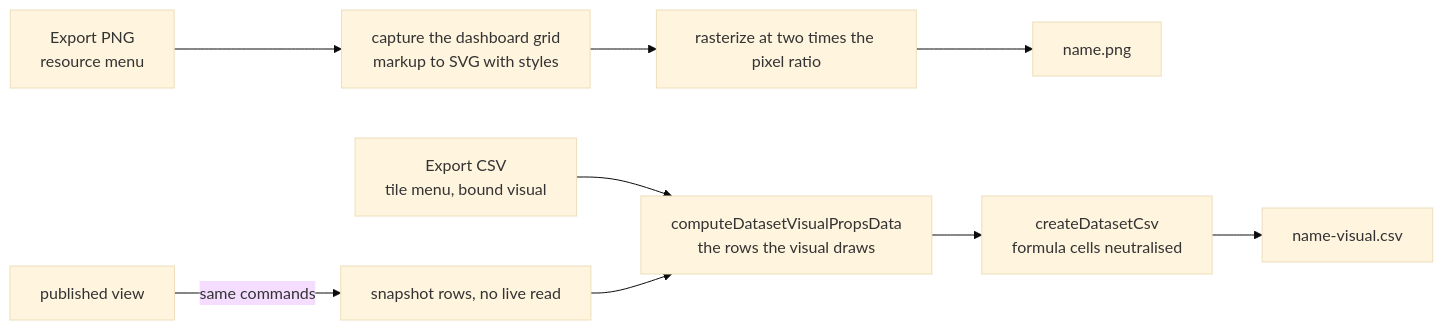
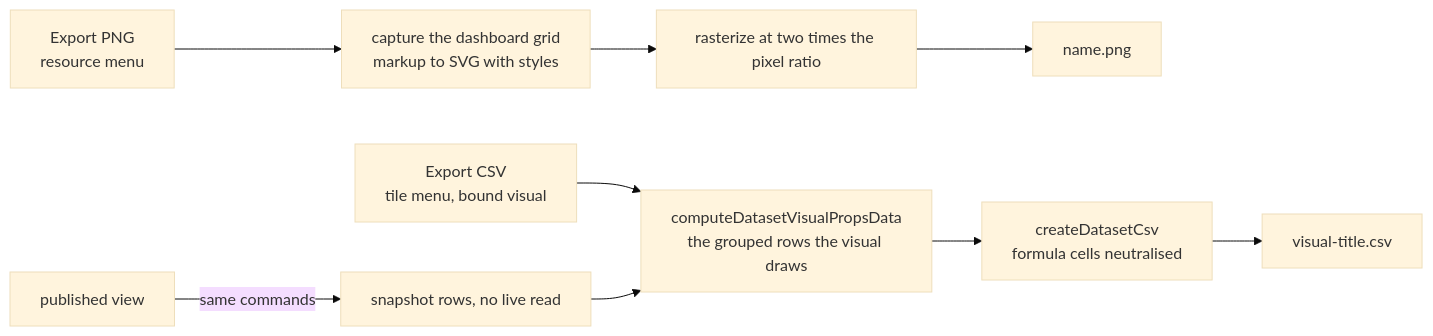
One commit to Esposter/Esposter changed the diagram in openspec/changes/resource-dashboard-export/design.md. Above: the diagram before and after it, drawn with Mermaid (base theme). The commit also changed other lines of this file and 20 other files, not shown here.

Commit message:
feat(dashboard): a dashboard exports its page as a PNG, and each bound visual its drawn rows as CSV

````diff
--- a/openspec/changes/resource-dashboard-export/design.md
+++ b/openspec/changes/resource-dashboard-export/design.md
@@ -20,11 +21,11 @@
 ```mermaid
 flowchart LR
   PAGE["Export PNG<br/>resource menu"] --> CAP["capture the dashboard grid<br/>markup to SVG with styles"]
   CAP --> RAS["rasterize at two times the pixel ratio"]
   RAS --> FILE1["name.png"]
-  TILE["Export CSV<br/>tile menu, bound visual"] --> DRAW["computeDatasetVisualPropsData<br/>the rows the visual draws"]
+  TILE["Export CSV<br/>tile menu, bound visual"] --> DRAW["computeDatasetVisualPropsData<br/>the grouped rows the visual draws"]
   DRAW --> CSV["createDatasetCsv<br/>formula cells neutralised"]
-  CSV --> FILE2["name-visual.csv"]
+  CSV --> FILE2["visual-title.csv"]
   PUB["published view"] -->|"same commands"| SNAP["snapshot rows, no live read"]
   SNAP --> DRAW
 ```
````
